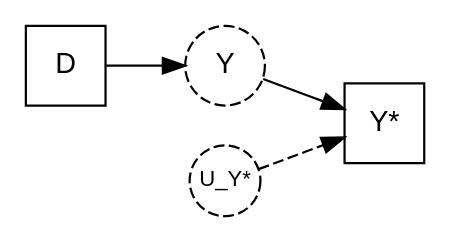
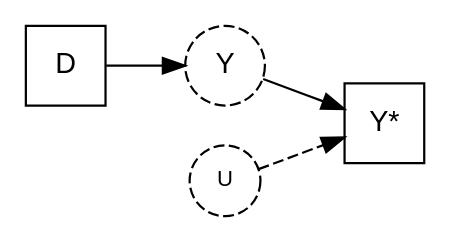
The first of 3 diagrams in index.qmd (LondonMae/measurement-error-tutorial), drawn with Graphviz before and after one commit. The commit also changed other lines of this file, not shown here.

````diff
--- a/index.qmd
+++ b/index.qmd
@@ -79,16 +77,16 @@
 ```{dot}
 //| label: fig-dag-basic
-//| fig-cap: "We observe Y* (the proxy) but want to reason about the latent Y. The error U_Y* enters only through Y* and is independent of D."
+//| fig-cap: "We observe Y* (the proxy) but we are interested in Y. The error U depends only on Y*."
 //| fig-height: 1.6
 digraph {
   rankdir=LR
   node [fontname="Helvetica" fontsize=13]
   D      [shape=square]
   Y      [shape=circle style=dashed]
   Ystar  [shape=square  label="Y*"]
-  UYstar [shape=circle  style=dashed label="U_Y*" width=0.45 height=0.45 fixedsize=true fontsize=10]
+  U [shape=circle  style=dashed label="U" width=0.45 height=0.45 fixedsize=true fontsize=10]
   D -> Y
   Y -> Ystar
-  UYstar -> Ystar [style=dashed]
+  U -> Ystar [style=dashed]
 }
 ```
````
